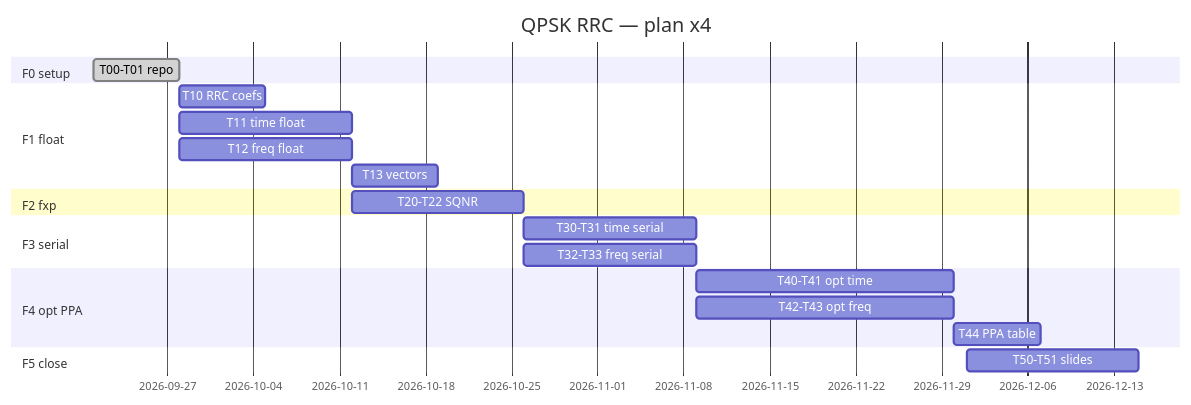
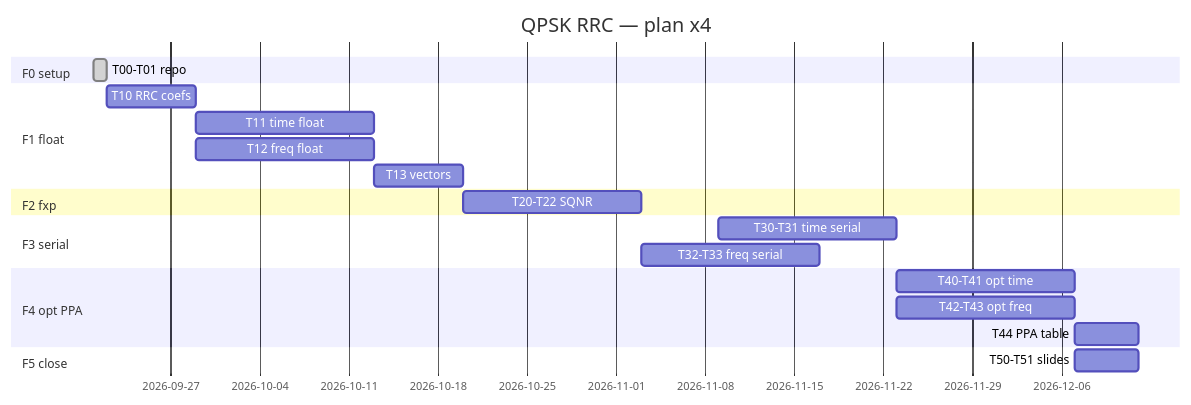
One commit to iledesma08/qpsk-rrc-filter-time-frequency changed the second of 2 diagrams in docs/plan-gantt.md. Above: the diagram before and after it, drawn with Mermaid. The commit also changed other lines of this file, not shown here.

Commit message:
docs(repo): set tentative schedule and team split

````diff
--- a/docs/plan-gantt.md
+++ b/docs/plan-gantt.md
@@ -116,23 +120,23 @@
 ```mermaid
 gantt
   title QPSK RRC — plan x4
   dateFormat YYYY-MM-DD
   section F0 setup
-  T00-T01 repo          :done, 2026-09-21, 7d
+  T00-T01 repo          :done, 2026-09-21, 1d
   section F1 float
-  T10 RRC coefs         :2026-09-28, 7d
-  T11 time float        :2026-09-28, 14d
-  T12 freq float        :2026-09-28, 14d
-  T13 vectors           :2026-10-12, 7d
+  T10 RRC coefs         :2026-09-22, 7d
+  T11 time float        :2026-09-29, 14d
+  T12 freq float        :2026-09-29, 14d
+  T13 vectors           :2026-10-13, 7d
   section F2 fxp
-  T20-T22 SQNR          :2026-10-12, 14d
+  T20-T22 SQNR          :2026-10-20, 14d
   section F3 serial
-  T30-T31 time serial   :2026-10-26, 14d
-  T32-T33 freq serial   :2026-10-26, 14d
+  T30-T31 time serial   :2026-11-09, 14d
+  T32-T33 freq serial   :2026-11-03, 14d
   section F4 opt PPA
-  T40-T41 opt time      :2026-11-09, 21d
-  T42-T43 opt freq      :2026-11-09, 21d
-  T44 PPA table         :2026-11-30, 7d
+  T40-T41 opt time      :2026-11-23, 14d
+  T42-T43 opt freq      :2026-11-23, 14d
+  T44 PPA table         :2026-12-07, 5d
   section F5 close
-  T50-T51 slides        :2026-12-01, 14d
+  T50-T51 slides        :2026-12-07, 5d
 ```
````
